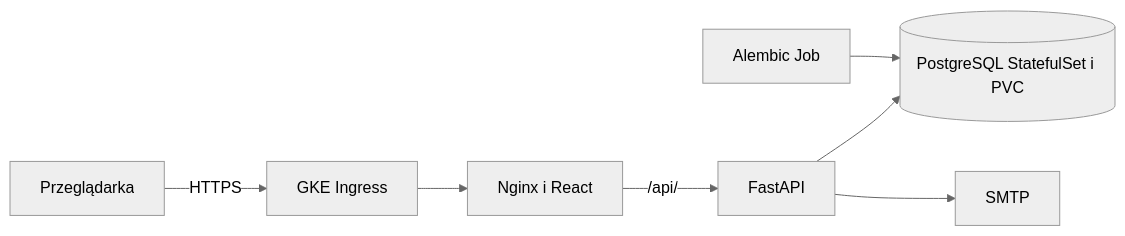
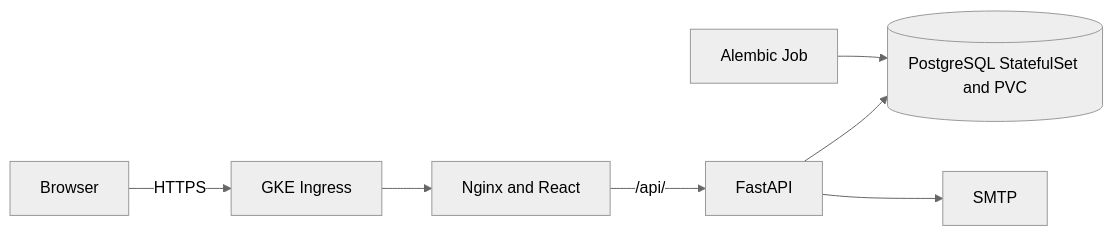
The diagram in docs/devops.md (greeegoryy/task-calendar), drawn with Mermaid (neutral theme) before and after one commit. The commit also changed other lines of this file and 1 other file, not shown here.

````diff
--- a/docs/devops.md
+++ b/docs/devops.md
@@ -18,9 +18,9 @@
 ```mermaid
 flowchart LR
-    Browser["Przeglądarka"] -->|HTTPS| Ingress["GKE Ingress"]
-    Ingress --> Web["Nginx i React"]
+    Browser["Browser"] -->|HTTPS| Ingress["GKE Ingress"]
+    Ingress --> Web["Nginx and React"]
     Web -->|/api/| API["FastAPI"]
-    API --> DB[("PostgreSQL StatefulSet i PVC")]
+    API --> DB[("PostgreSQL StatefulSet and PVC")]
     API --> SMTP["SMTP"]
     Migration["Alembic Job"] --> DB
 ```
````
